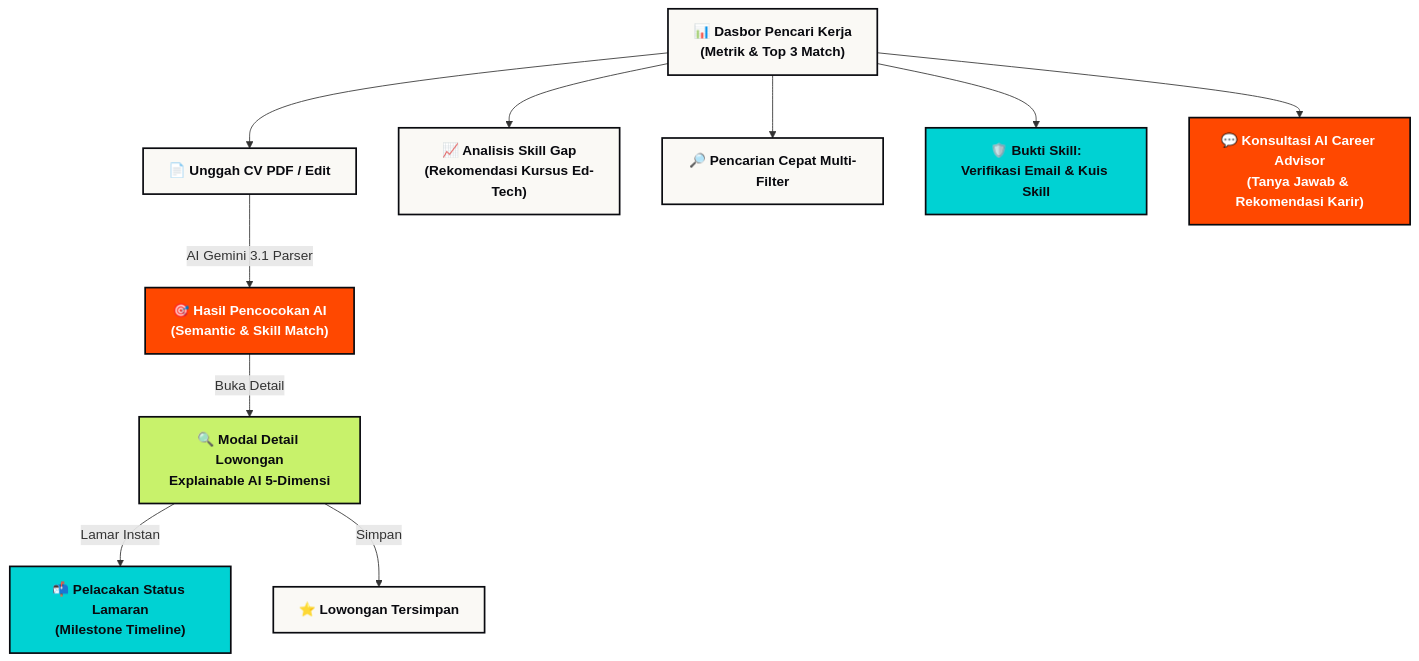
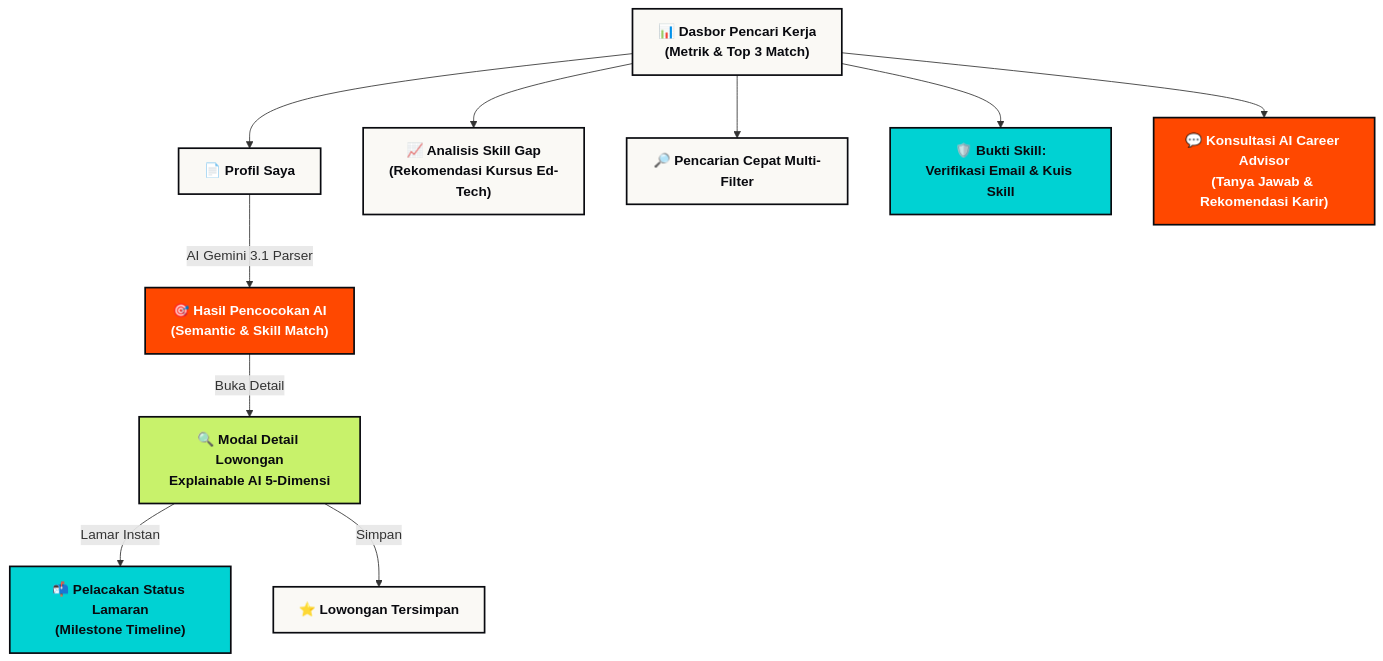
The second of 5 diagrams in README.md (DarrenSuw/KerjaCerdas), drawn with Mermaid before and after one commit.

Commit message:
docs: sync documentation with current codebase; update pricing to new Premium/Lite/Pro/Max structure (docs only, code sync pending)

````diff
--- a/README.md
+++ b/README.md
@@ -105,19 +105,19 @@
 ```mermaid
 flowchart TD
     classDef page fill:#FAF9F5,stroke:#090A0F,stroke-width:2px,color:#090A0F,font-weight:bold
     classDef ai fill:#FF4800,stroke:#090A0F,stroke-width:2px,color:#fff,font-weight:bold
     classDef modal fill:#C8F26B,stroke:#090A0F,stroke-width:2px,color:#090A0F,font-weight:bold
     classDef action fill:#00D2D3,stroke:#090A0F,stroke-width:2px,color:#090A0F,font-weight:bold
 
-    A["📊 Dasbor Pencari Kerja\n(Metrik & Top 3 Match)"]:::page --> B["📄 Unggah CV PDF / Edit"]:::page
+    A["📊 Dasbor Pencari Kerja\n(Metrik & Top 3 Match)"]:::page --> B["📄 Profil Saya"]:::page
     B -->|AI Gemini 3.1 Parser| C["🎯 Hasil Pencocokan AI\n(Semantic & Skill Match)"]:::ai
     
     C -->|Buka Detail| D["🔍 Modal Detail Lowongan\nExplainable AI 5-Dimensi"]:::modal
     D -->|Lamar Instan| E["📬 Pelacakan Status Lamaran\n(Milestone Timeline)"]:::action
     D -->|Simpan| F["⭐ Lowongan Tersimpan"]:::page
     
     A --> G["📈 Analisis Skill Gap\n(Rekomendasi Kursus Ed-Tech)"]:::page
     A --> H["🔎 Pencarian Cepat Multi-Filter"]:::page
     A --> I["🛡️ Bukti Skill:\nVerifikasi Email & Kuis Skill"]:::action
     A --> J["💬 Konsultasi AI Career Advisor\n(Tanya Jawab & Rekomendasi Karir)"]:::ai
 ```
````
